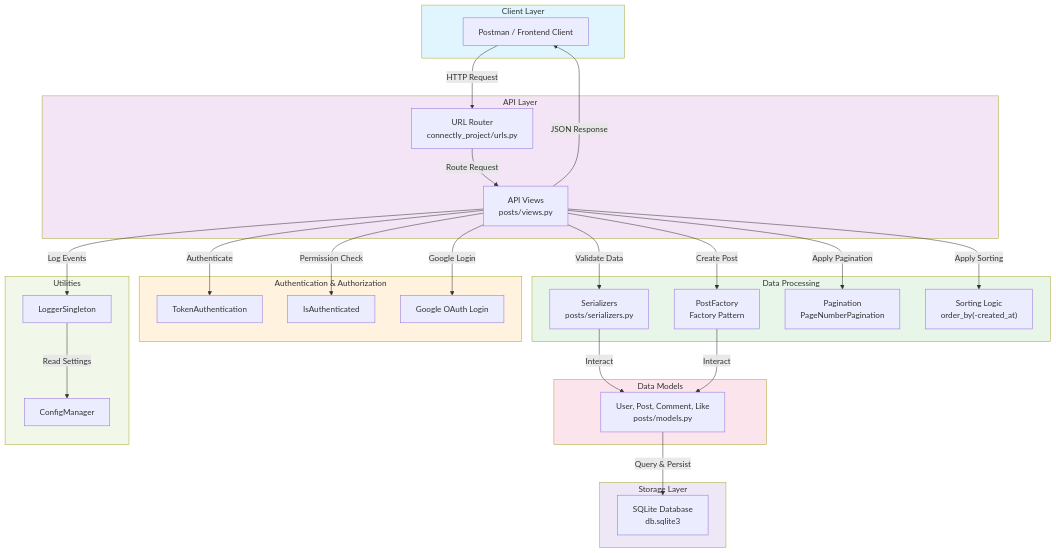
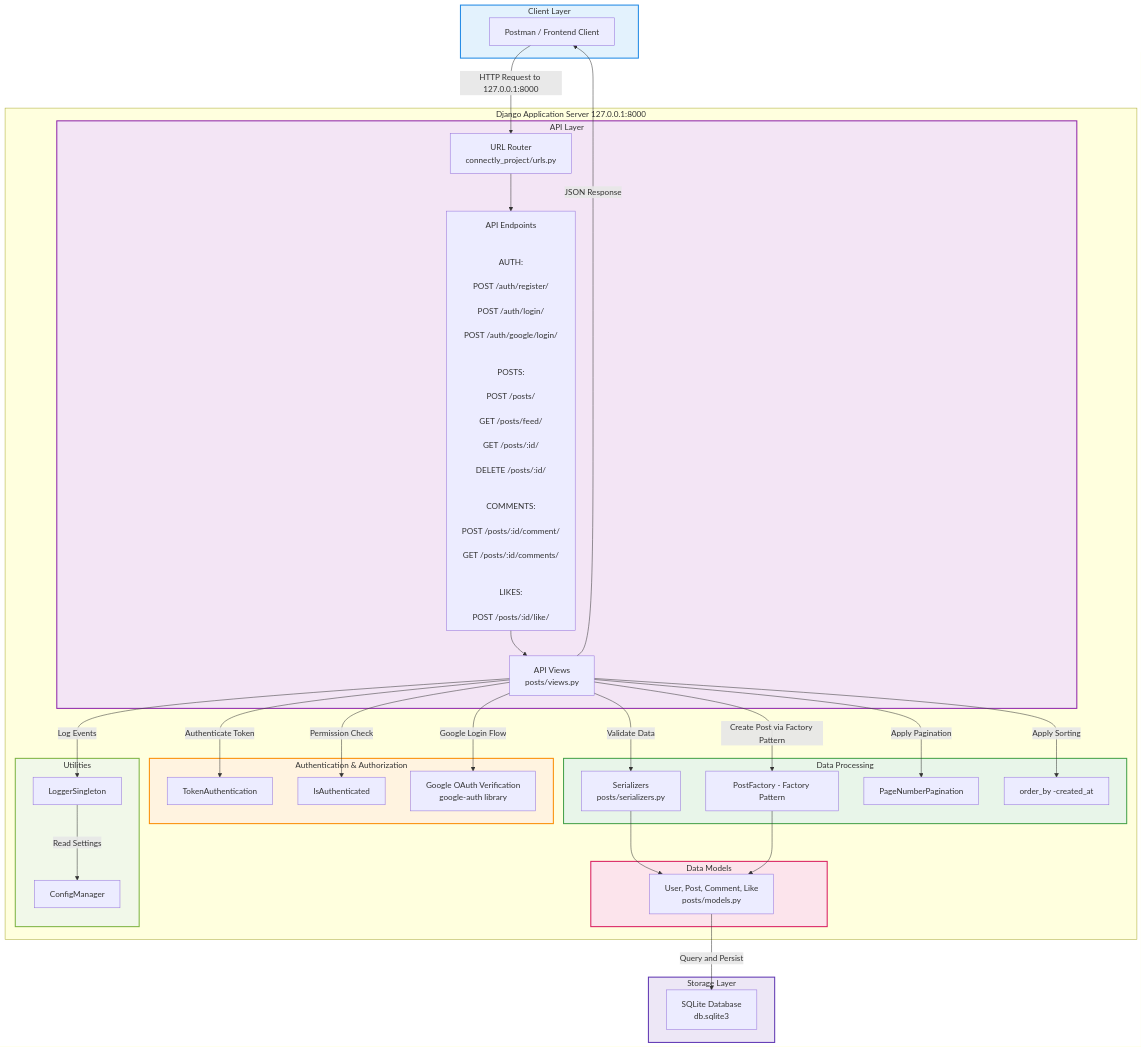
The third of 5 diagrams in README.md (Mihoqr/connectly-rest-api), drawn with Mermaid before and after one commit.

Commit message:
Update system architecture diagram in README

````diff
--- a/README.md
+++ b/README.md
@@ -227,67 +227,99 @@
 ```mermaid
 graph TB
-    subgraph Client["Client Layer"]
-        Postman["Postman / Frontend Client"]
-    end
 
+%% ================= CLIENT =================
+subgraph Client["Client Layer"]
+    ClientApp["Postman / Frontend Client"]
+end
+
+%% ================= SERVER =================
+subgraph Server["Django Application Server 127.0.0.1:8000"]
+
+    %% API LAYER
     subgraph API["API Layer"]
         Router["URL Router<br/>connectly_project/urls.py"]
+        Endpoints["API Endpoints<br/><br/>
+        AUTH:<br/>
+        POST /auth/register/<br/>
+        POST /auth/login/<br/>
+        POST /auth/google/login/<br/><br/>
+        POSTS:<br/>
+        POST /posts/<br/>
+        GET /posts/feed/<br/>
+        GET /posts/:id/<br/>
+        DELETE /posts/:id/<br/><br/>
+        COMMENTS:<br/>
+        POST /posts/:id/comment/<br/>
+        GET /posts/:id/comments/<br/><br/>
+        LIKES:<br/>
+        POST /posts/:id/like/"]
         Views["API Views<br/>posts/views.py"]
     end
 
+    %% AUTH
     subgraph Auth["Authentication & Authorization"]
         TokenAuth["TokenAuthentication"]
-        Permissions["IsAuthenticated"]
-        GoogleOAuth["Google OAuth Login"]
+        PermissionCheck["IsAuthenticated"]
+        GoogleOAuth["Google OAuth Verification<br/>google-auth library"]
     end
 
+    %% PROCESSING
     subgraph Processing["Data Processing"]
         Serializers["Serializers<br/>posts/serializers.py"]
-        Factory["PostFactory<br/>Factory Pattern"]
-        Pagination["Pagination<br/>PageNumberPagination"]
-        Sorting["Sorting Logic<br/>order_by(-created_at)"]
+        Factory["PostFactory - Factory Pattern"]
+        Pagination["PageNumberPagination"]
+        Sorting["order_by -created_at"]
     end
 
+    %% MODELS
     subgraph Models["Data Models"]
         ModelLayer["User, Post, Comment, Like<br/>posts/models.py"]
     end
 
+    %% UTILITIES
     subgraph Utils["Utilities"]
         Logger["LoggerSingleton"]
         Config["ConfigManager"]
     end
 
-    subgraph Storage["Storage Layer"]
-        DB["SQLite Database<br/>db.sqlite3"]
-    end
+end
 
-    Postman -->|HTTP Request| Router
-    Router -->|Route Request| Views
+%% ================= STORAGE =================
+subgraph Storage["Storage Layer"]
+    Database["SQLite Database<br/>db.sqlite3"]
+end
 
-    Views -->|Authenticate| TokenAuth
-    Views -->|Permission Check| Permissions
-    Views -->|Google Login| GoogleOAuth
 
-    Views -->|Validate Data| Serializers
-    Views -->|Create Post| Factory
+%% ================= FLOW =================
+ClientApp -->|HTTP Request to 127.0.0.1:8000| Router
+Router --> Endpoints
+Endpoints --> Views
 
-    Views -->|Apply Sorting| Sorting
-    Views -->|Apply Pagination| Pagination
+Views -->|Authenticate Token| TokenAuth
+Views -->|Permission Check| PermissionCheck
+Views -->|Google Login Flow| GoogleOAuth
 
-    Serializers -->|Interact| ModelLayer
-    Factory -->|Interact| ModelLayer
-    ModelLayer -->|Query & Persist| DB
+Views -->|Validate Data| Serializers
+Views -->|Create Post via Factory Pattern| Factory
+Views -->|Apply Sorting| Sorting
+Views -->|Apply Pagination| Pagination
 
-    Views -->|Log Events| Logger
-    Logger -->|Read Settings| Config
+Serializers --> ModelLayer
+Factory --> ModelLayer
+ModelLayer -->|Query and Persist| Database
 
-    Views -->|JSON Response| Postman
+Views -->|Log Events| Logger
+Logger -->|Read Settings| Config
 
-    style Client fill:#e1f5ff
-    style API fill:#f3e5f5
-    style Auth fill:#fff3e0
-    style Processing fill:#e8f5e9
-    style Models fill:#fce4ec
-    style Utils fill:#f1f8e9
-    style Storage fill:#ede7f6
+Views -->|JSON Response| ClientApp
+
+
+%% ================= COLORS =================
+style Client fill:#e3f2fd,stroke:#1e88e5,stroke-width:2px
+style API fill:#f3e5f5,stroke:#8e24aa,stroke-width:2px
+style Auth fill:#fff3e0,stroke:#fb8c00,stroke-width:2px
+style Processing fill:#e8f5e9,stroke:#43a047,stroke-width:2px
+style Models fill:#fce4ec,stroke:#d81b60,stroke-width:2px
+style Utils fill:#f1f8e9,stroke:#7cb342,stroke-width:2px
+style Storage fill:#ede7f6,stroke:#5e35b1,stroke-width:2px
 ```
````
